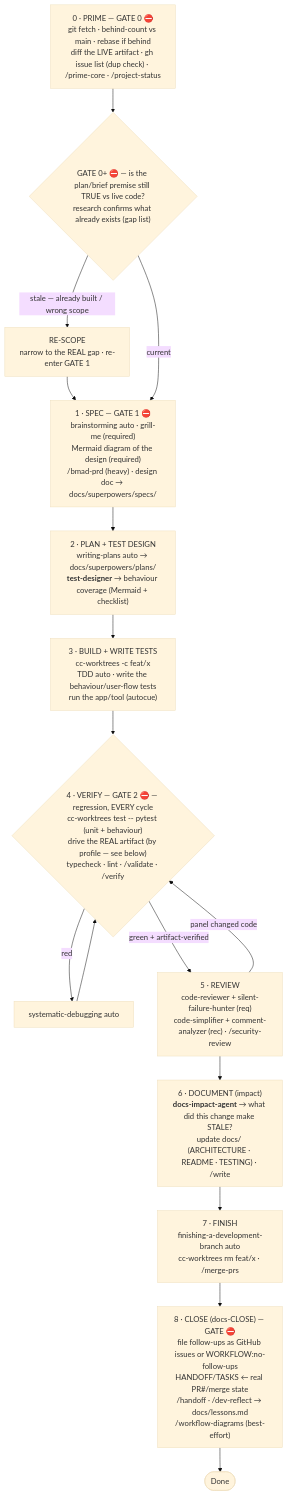
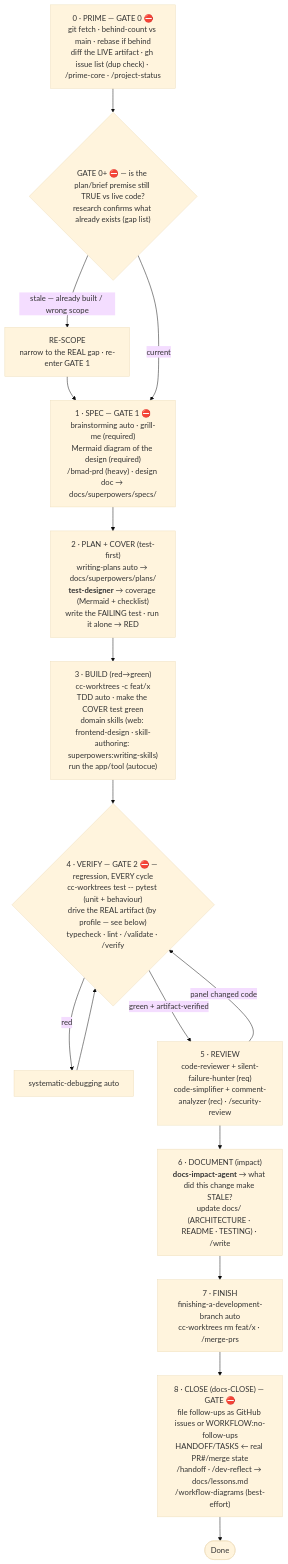
The first of 9 diagrams in docs/WORKFLOW.md (HenriGeorge/AutoCue), drawn with Mermaid (base theme) before and after one commit. The commit also changed other lines of this file and 45 other files, not shown here.

````diff
--- a/docs/WORKFLOW.md
+++ b/docs/WORKFLOW.md
@@ -47,20 +49,20 @@
 ```mermaid
 flowchart TD
     P0["0 · PRIME — GATE 0 ⛔<br/>git fetch · behind-count vs main · rebase if behind<br/>diff the LIVE artifact · gh issue list (dup check) · /prime-core · /project-status"] --> G0
     G0{"GATE 0+ ⛔ — is the plan/brief premise still TRUE vs live code?<br/>research confirms what already exists (gap list)"}
     G0 -->|"stale — already built / wrong scope"| RS["RE-SCOPE<br/>narrow to the REAL gap · re-enter GATE 1"]
     RS --> P1
     G0 -->|"current"| P1
     P1["1 · SPEC — GATE 1 ⛔<br/>brainstorming auto · grill-me (required)<br/>Mermaid diagram of the design (required)<br/>/bmad-prd (heavy) · design doc → docs/superpowers/specs/"] --> P2
-    P2["2 · PLAN + TEST DESIGN<br/>writing-plans auto → docs/superpowers/plans/<br/><b>test-designer</b> → behaviour coverage (Mermaid + checklist)"] --> P3
-    P3["3 · BUILD + WRITE TESTS<br/>cc-worktrees -c feat/x<br/>TDD auto · write the behaviour/user-flow tests<br/>run the app/tool (autocue)"] --> P4
+    P2["2 · PLAN + COVER (test-first)<br/>writing-plans auto → docs/superpowers/plans/<br/><b>test-designer</b> → coverage (Mermaid + checklist)<br/>write the FAILING test · run it alone → RED"] --> P3
+    P3["3 · BUILD (red→green)<br/>cc-worktrees -c feat/x<br/>TDD auto · make the COVER test green<br/>domain skills (web: frontend-design · skill-authoring: superpowers:writing-skills)<br/>run the app/tool (autocue)"] --> P4
     P4{"4 · VERIFY — GATE 2 ⛔ — regression, EVERY cycle<br/>cc-worktrees test -- pytest (unit + behaviour)<br/>drive the REAL artifact (by profile — see below)<br/>typecheck · lint · /validate · /verify"}
     P4 -->|"red"| DBG["systematic-debugging auto"]
     DBG --> P4
     P4 -->|"green + artifact-verified"| P5["5 · REVIEW<br/>code-reviewer + silent-failure-hunter (req)<br/>code-simplifier + comment-analyzer (rec) · /security-review"]
     P5 -->|"panel changed code"| P4
     P5 --> P6["6 · DOCUMENT (impact)<br/><b>docs-impact-agent</b> → what did this change make STALE?<br/>update docs/ (ARCHITECTURE · README · TESTING) · /write"]
     P6 --> P7["7 · FINISH<br/>finishing-a-development-branch auto<br/>cc-worktrees rm feat/x · /merge-prs"]
     P7 --> P8["8 · CLOSE (docs-CLOSE) — GATE ⛔<br/>file follow-ups as GitHub issues or WORKFLOW:no-follow-ups<br/>HANDOFF/TASKS ← real PR#/merge state<br/>/handoff · /dev-reflect → docs/lessons.md<br/>/workflow-diagrams (best-effort)"]
     P8 --> Done([Done])
 ```
````
